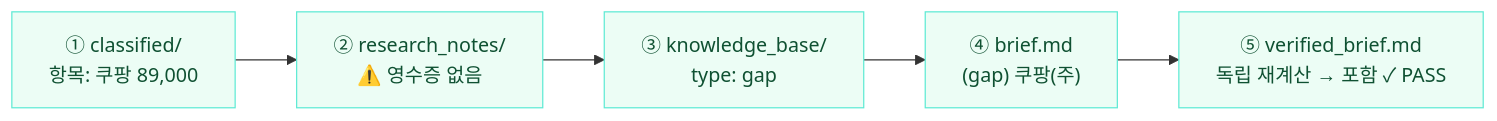
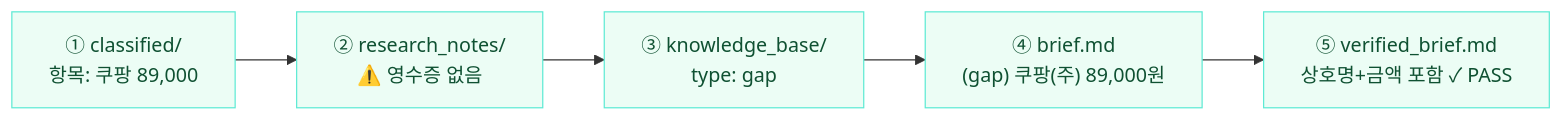
One commit to Yo-sure/deepagents-handson changed the third of 5 diagrams in books/md/Chapter 6. 통합 Demo와 Wrap-up.md. Above: the diagram before and after it, drawn with Mermaid. The commit also changed other lines of this file and 26 other files, not shown here.

````diff
--- a/books/md/Chapter 6. 통합 Demo와 Wrap-up.md
+++ b/books/md/Chapter 6. 통합 Demo와 Wrap-up.md
@@ -260,9 +319,9 @@
 ```mermaid
 flowchart LR
   A["① classified/<br/>항목: 쿠팡 89,000"] --> B["② research_notes/<br/>⚠️ 영수증 없음"]
   B --> C["③ knowledge_base/<br/>type: gap"]
-  C --> D["④ brief.md<br/>(gap) 쿠팡(주)"]
-  D --> E["⑤ verified_brief.md<br/>독립 재계산 → 포함 ✓ PASS"]
+  C --> D["④ brief.md<br/>(gap) 쿠팡(주) 89,000원"]
+  D --> E["⑤ verified_brief.md<br/>상호명+금액 포함 ✓ PASS"]
   classDef s fill:#ecfdf5,stroke:#5eead4,color:#0f5132;
   class A,B,C,D,E s;
 ```
````
